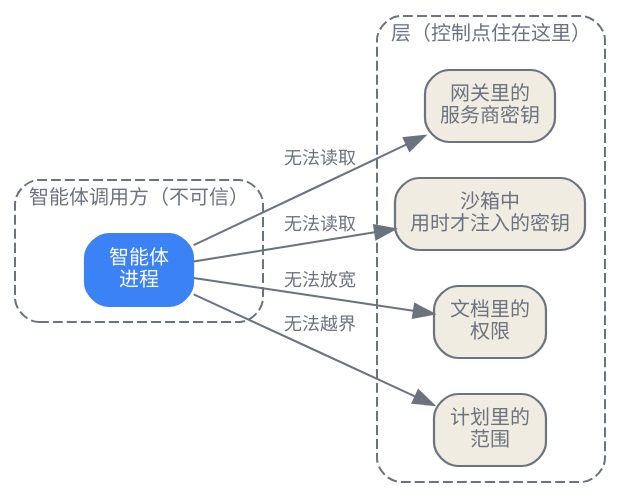
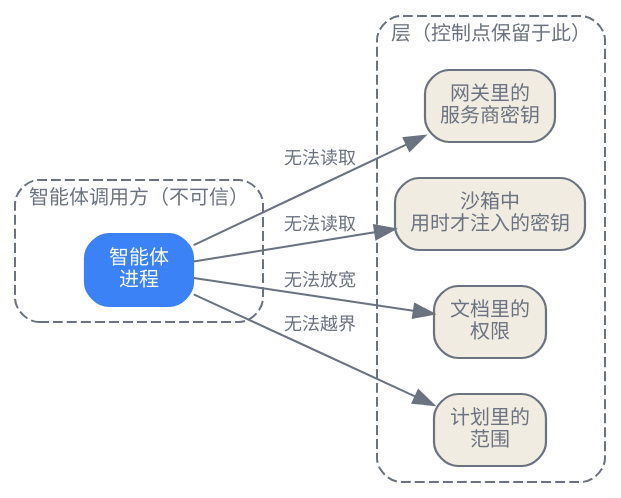
The first of 3 diagrams in zh/ecosystem/02-tooling-ecosystem.qmd (latere-ai/ai-as-an-infrastructure), drawn with Graphviz before and after one commit. The commit also changed other lines of this file and 8 other files, not shown here.

````diff
--- a/zh/ecosystem/02-tooling-ecosystem.qmd
+++ b/zh/ecosystem/02-tooling-ecosystem.qmd
@@ -32,32 +31,32 @@
 ```{dot}
 //| label: fig-tooling-control-shift
-//| fig-cap: "同一个动作，做了四遍。每个原语都把一个控制点从智能体调用方里抬出来（在那里模型本可读到或绕过它），放进一个调用方必须经过的层。"
+//| fig-cap: "同一种控制迁移在四层发生。每个原语都把一个控制点从智能体调用方里抬出来（在那里模型本可读到或绕过它），放进一个调用方必须经过的层。"
 digraph control_shift {
   rankdir=LR;
   bgcolor="transparent";
   node [shape=box, style="rounded,filled", fontname="Helvetica", fontsize=10, fillcolor="#f1ece1", color="#6b7280", fontcolor="#6b7280", penwidth=1.1];
   edge [fontname="Helvetica", fontsize=9, color="#6b7280", fontcolor="#6b7280"];
 
   subgraph cluster_caller {
     label="智能体调用方（不可信）";
     style="rounded,dashed";
     fontname="Helvetica"; fontsize=10; fontcolor="#6b7280"; color="#6b7280";
     agent [label="智能体\n进程", fillcolor="#3b82f6", fontcolor="white", color="#3b82f6"];
   }
 
   subgraph cluster_layer {
-    label="层（控制点住在这里）";
+    label="层（控制点保留于此）";
     style="rounded,dashed";
     fontname="Helvetica"; fontsize=10; fontcolor="#6b7280"; color="#6b7280";
     key [label="网关里的\n服务商密钥"];
     runtime [label="沙箱中\n用时才注入的密钥"];
     perm [label="文档里的\n权限"];
     plan [label="计划里的\n范围"];
   }
 
   agent -> key [label="无法读取"];
   agent -> runtime [label="无法读取"];
   agent -> perm [label="无法放宽"];
   agent -> plan [label="无法越界"];
 }
 ```
````
